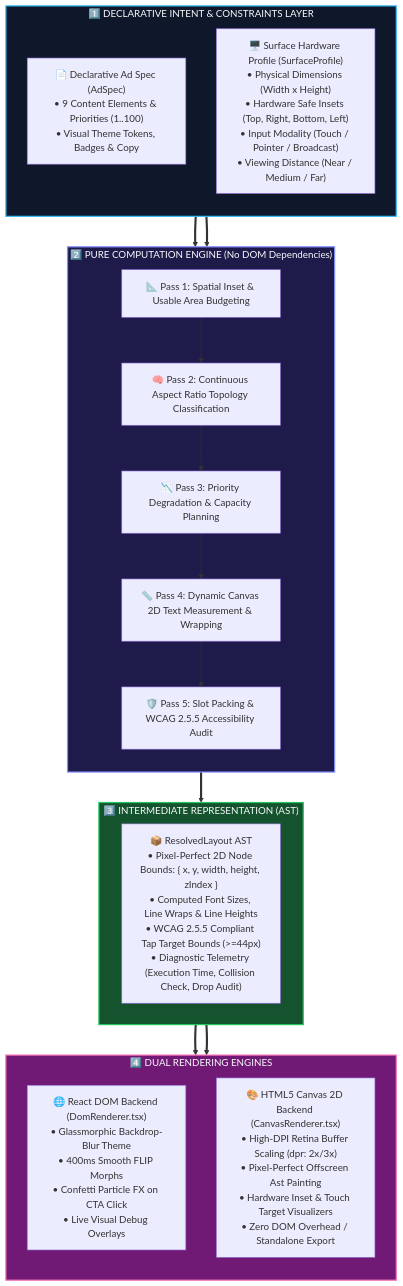
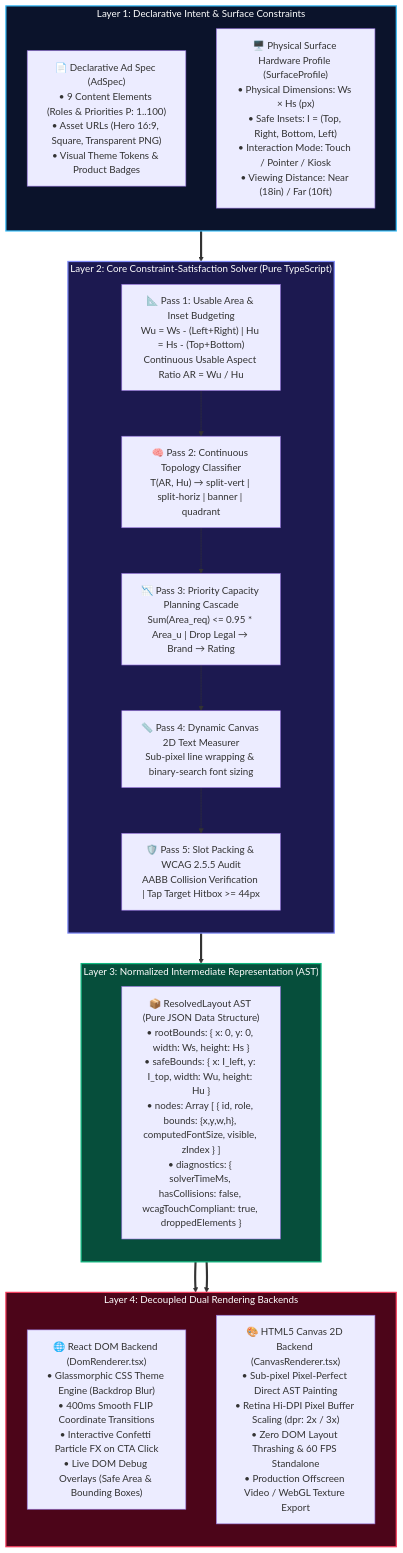
One commit to ChigurupatiVenkatSaiKiran/flam-adaptive-layout-engine changed the first of 3 diagrams in README.md. Above: the diagram before and after it, drawn with Mermaid. The commit also changed other lines of this file, not shown here.

Commit message:
docs: refine architecture and pipeline diagrams with publication-grade colorful visual flowcharts and ASCII wireframes

````diff
--- a/README.md
+++ b/README.md
@@ -141,37 +156,38 @@
 ```mermaid
 flowchart TD
-    subgraph Layer1["1️⃣ DECLARATIVE INTENT & CONSTRAINTS LAYER"]
+    subgraph L1[" Layer 1: Declarative Intent & Surface Constraints "]
         direction TB
-        A["📄 Declarative Ad Spec (AdSpec)\n• 9 Content Elements & Priorities (1..100)\n• Visual Theme Tokens, Badges & Copy"]
-        B["🖥️ Surface Hardware Profile (SurfaceProfile)\n• Physical Dimensions (Width x Height)\n• Hardware Safe Insets (Top, Right, Bottom, Left)\n• Input Modality (Touch / Pointer / Broadcast)\n• Viewing Distance (Near / Medium / Far)"]
+        A1["📄 Declarative Ad Spec (AdSpec)\n• 9 Content Elements (Roles & Priorities P: 1..100)\n• Asset URLs (Hero 16:9, Square, Transparent PNG)\n• Visual Theme Tokens & Product Badges"]
+        A2["🖥️ Physical Surface Hardware Profile (SurfaceProfile)\n• Physical Dimensions: Ws × Hs (px)\n• Safe Insets: I = (Top, Right, Bottom, Left)\n• Interaction Mode: Touch / Pointer / Kiosk\n• Viewing Distance: Near (18in) / Far (10ft)"]
     end
 
-    subgraph Layer2["2️⃣ PURE COMPUTATION ENGINE (No DOM Dependencies)"]
+    subgraph L2[" Layer 2: Core Constraint-Satisfaction Solver (Pure TypeScript) "]
         direction TB
-        C["📐 Pass 1: Spatial Inset & Usable Area Budgeting"]
-        D["🧠 Pass 2: Continuous Aspect Ratio Topology Classification"]
-        E["📉 Pass 3: Priority Degradation & Capacity Planning"]
-        F["📏 Pass 4: Dynamic Canvas 2D Text Measurement & Wrapping"]
-        G["🛡️ Pass 5: Slot Packing & WCAG 2.5.5 Accessibility Audit"]
-        C --> D --> E --> F --> G
+        B1["📐 Pass 1: Usable Area & Inset Budgeting\nWu = Ws - (Left+Right) | Hu = Hs - (Top+Bottom)\nContinuous Usable Aspect Ratio AR = Wu / Hu"]
+        B2["🧠 Pass 2: Continuous Topology Classifier\nT(AR, Hu) → split-vert | split-horiz | banner | quadrant"]
+        B3["📉 Pass 3: Priority Capacity Planning Cascade\nSum(Area_req) <= 0.95 * Area_u | Drop Legal → Brand → Rating"]
+        B4["📏 Pass 4: Dynamic Canvas 2D Text Measurer\nSub-pixel line wrapping & binary-search font sizing"]
+        B5["🛡️ Pass 5: Slot Packing & WCAG 2.5.5 Audit\nAABB Collision Verification | Tap Target Hitbox >= 44px"]
+        B1 --> B2 --> B3 --> B4 --> B5
     end
 
-    subgraph Layer3["3️⃣ INTERMEDIATE REPRESENTATION (AST)"]
-        H["📦 ResolvedLayout AST\n• Pixel-Perfect 2D Node Bounds: { x, y, width, height, zIndex }\n• Computed Font Sizes, Line Wraps & Line Heights\n• WCAG 2.5.5 Compliant Tap Target Bounds (>=44px)\n• Diagnostic Telemetry (Execution Time, Collision Check, Drop Audit)"]
+    subgraph L3[" Layer 3: Normalized Intermediate Representation (AST) "]
+        direction TB
+        C1["📦 ResolvedLayout AST (Pure JSON Data Structure)\n• rootBounds: { x: 0, y: 0, width: Ws, height: Hs }\n• safeBounds: { x: I_left, y: I_top, width: Wu, height: Hu }\n• nodes: Array<LayoutNode> [ { id, role, bounds: {x,y,w,h}, computedFontSize, visible, zIndex } ]\n• diagnostics: { solverTimeMs, hasCollisions: false, wcagTouchCompliant: true, droppedElements }"]
     end
 
-    subgraph Layer4["4️⃣ DUAL RENDERING ENGINES"]
+    subgraph L4[" Layer 4: Decoupled Dual Rendering Backends "]
         direction TB
-        I["🌐 React DOM Backend (DomRenderer.tsx)\n• Glassmorphic Backdrop-Blur Theme\n• 400ms Smooth FLIP Morphs\n• Confetti Particle FX on CTA Click\n• Live Visual Debug Overlays"]
-        J["🎨 HTML5 Canvas 2D Backend (CanvasRenderer.tsx)\n• High-DPI Retina Buffer Scaling (dpr: 2x/3x)\n• Pixel-Perfect Offscreen Ast Painting\n• Hardware Inset & Touch Target Visualizers\n• Zero DOM Overhead / Standalone Export"]
+        D1["🌐 React DOM Backend (DomRenderer.tsx)\n• Glassmorphic CSS Theme Engine (Backdrop Blur)\n• 400ms Smooth FLIP Coordinate Transitions\n• Interactive Confetti Particle FX on CTA Click\n• Live DOM Debug Overlays (Safe Area & Bounding Boxes)"]
+        D2["🎨 HTML5 Canvas 2D Backend (CanvasRenderer.tsx)\n• Sub-pixel Pixel-Perfect Direct AST Painting\n• Retina Hi-DPI Pixel Buffer Scaling (dpr: 2x / 3x)\n• Zero DOM Layout Thrashing & 60 FPS Standalone\n• Production Offscreen Video / WebGL Texture Export"]
     end
 
-    A & B ==> Layer2
-    Layer2 ==> Layer3
-    Layer3 ==> I & J
+    L1 ==> L2
+    L2 ==> L3
+    L3 ==> D1 & D2
 
-    style Layer1 fill:#0f172a,stroke:#38bdf8,stroke-width:2px,color:#f8fafc
-    style Layer2 fill:#1e1b4b,stroke:#818cf8,stroke-width:2px,color:#f8fafc
-    style Layer3 fill:#14532d,stroke:#22c55e,stroke-width:2px,color:#f8fafc
-    style Layer4 fill:#701a75,stroke:#f472b6,stroke-width:2px,color:#f8fafc
+    style L1 fill:#0B132B,stroke:#38BDF8,stroke-width:2px,color:#FFFFFF
+    style L2 fill:#1C1950,stroke:#818CF8,stroke-width:2px,color:#FFFFFF
+    style L3 fill:#064E3B,stroke:#10B981,stroke-width:2px,color:#FFFFFF
+    style L4 fill:#4C0519,stroke:#F43F5E,stroke-width:2px,color:#FFFFFF
 ```
````
